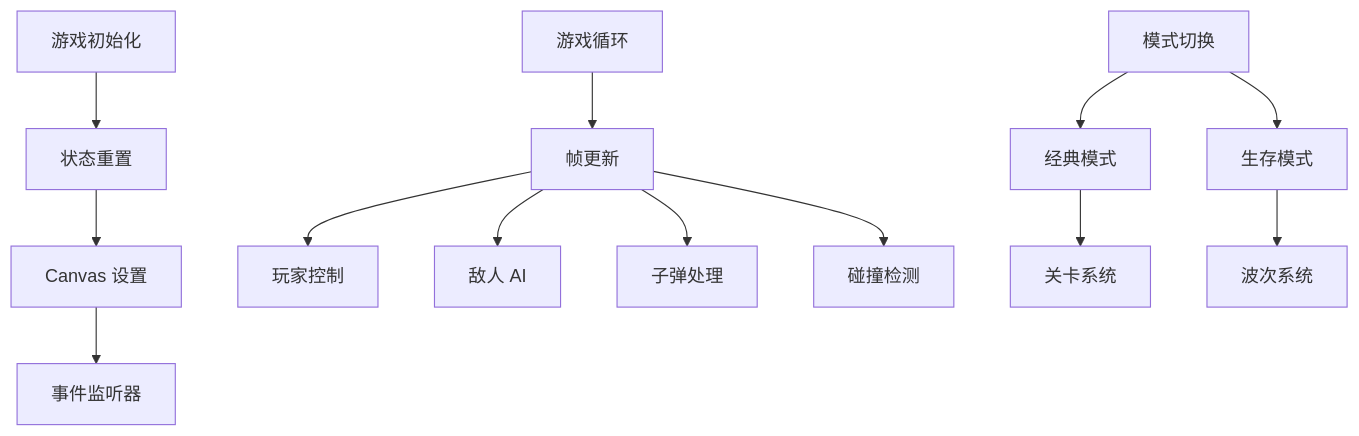
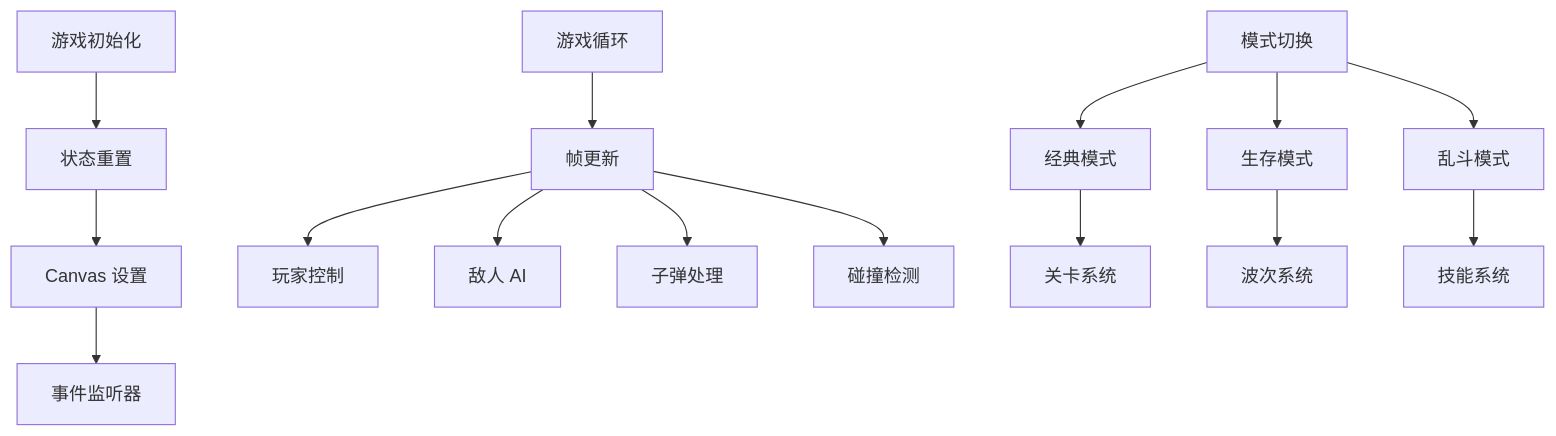
The seventh of 21 diagrams in .qoder/repowiki/zh/content/部署指南.md (mrancc/reimagined-journey), drawn with Mermaid before and after one commit. The commit also changed other lines of this file and 3 other files, not shown here.

````diff
--- a/.qoder/repowiki/zh/content/部署指南.md
+++ b/.qoder/repowiki/zh/content/部署指南.md
@@ -248,15 +273,17 @@
 ```mermaid
 flowchart TD
 A[游戏初始化] --> B[状态重置]
 B --> C[Canvas 设置]
 C --> D[事件监听器]
 E[游戏循环] --> F[帧更新]
 F --> G[玩家控制]
 F --> H[敌人 AI]
 F --> I[子弹处理]
 F --> J[碰撞检测]
 K[模式切换] --> L[经典模式]
 K --> M[生存模式]
-L --> N[关卡系统]
-M --> O[波次系统]
+K --> N[乱斗模式]
+L --> O[关卡系统]
+M --> P[波次系统]
+N --> Q[技能系统]
 ```
````
